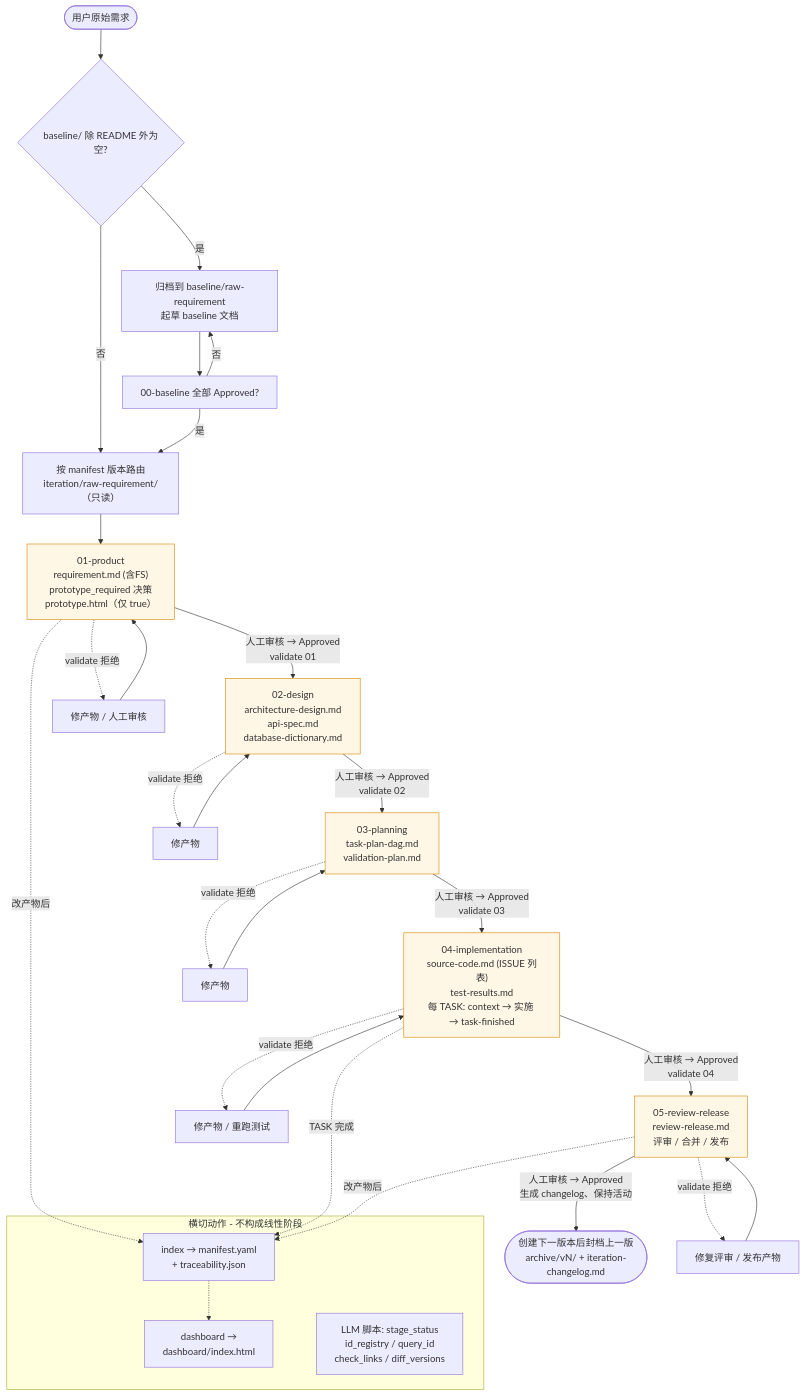
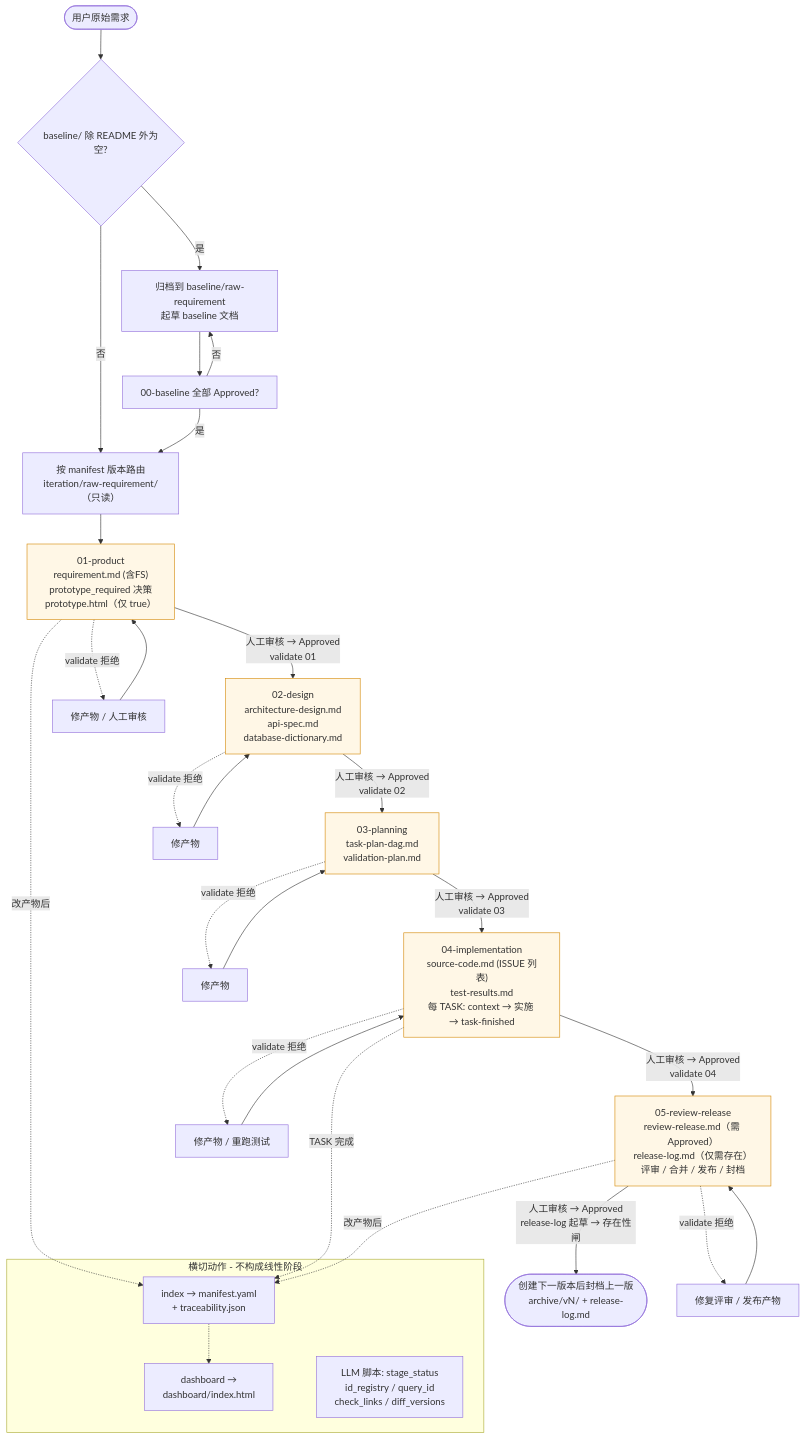
The diagram in README.md (Albertzc/AlchemyWorks), drawn with Mermaid before and after one commit. The commit also changed other lines of this file and 11 other files, not shown here.

First line of the commit message:
feat: introduce release-log artifact at 05-review-release (existence-only gate)

````diff
--- a/README.md
+++ b/README.md
@@ -223,42 +225,42 @@
 ```mermaid
 flowchart TD
     Start([用户原始需求]) --> Intake{baseline/ 除 README 外为空?}
     Intake -- 是 --> Bfix[归档到 baseline/raw-requirement<br/>起草 baseline 文档]
     Bfix --> B0[00-baseline 全部 Approved?]
     B0 -- 否 --> Bfix
     Intake -- 否 --> R0["按 manifest 版本路由<br/>iteration/raw-requirement/（只读）"]
     B0 -- 是 --> R0
     R0 --> S1
 
     S1["01-product<br/>requirement.md (含FS)<br/>prototype_required 决策<br/>prototype.html（仅 true）"]
     S2["02-design<br/>architecture-design.md<br/>api-spec.md<br/>database-dictionary.md"]
     S3["03-planning<br/>task-plan-dag.md<br/>validation-plan.md"]
     S4["04-implementation<br/>source-code.md (ISSUE 列表)<br/>test-results.md<br/>每 TASK: context → 实施 → task-finished"]
-    S5["05-review-release<br/>review-release.md<br/>评审 / 合并 / 发布"]
-    Arch([创建下一版本后封档上一版<br/>archive/vN/ + iteration-changelog.md])
+    S5["05-review-release<br/>review-release.md（需 Approved）<br/>release-log.md（仅需存在）<br/>评审 / 合并 / 发布 / 封档"]
+    Arch([创建下一版本后封档上一版<br/>archive/vN/ + release-log.md])
 
     S1 -- 人工审核 → Approved<br/>validate 01 --> S2
     S2 -- 人工审核 → Approved<br/>validate 02 --> S3
     S3 -- 人工审核 → Approved<br/>validate 03 --> S4
     S4 -- 人工审核 → Approved<br/>validate 04 --> S5
-    S5 -- 人工审核 → Approved<br/>生成 changelog、保持活动 --> Arch
+    S5 -- 人工审核 → Approved<br/>release-log 起草 → 存在性闸 --> Arch
 
     subgraph X[横切动作 - 不构成线性阶段]
         X1["index → manifest.yaml<br/>+ traceability.json<br/>"]
         X2["dashboard →<br/>dashboard/index.html"]
         X3["LLM 脚本: stage_status<br/>id_registry / query_id<br/>check_links / diff_versions"]
     end
     S1 -.改产物后.-> X1
     S4 -.TASK 完成.-> X1
     S5 -.改产物后.-> X1
     X1 -.-> X2
 
     S1 -.validate 拒绝.-> R1[修产物 / 人工审核] --> S1
     S2 -.validate 拒绝.-> R2[修产物] --> S2
     S3 -.validate 拒绝.-> R3[修产物] --> S3
     S4 -.validate 拒绝.-> R4[修产物 / 重跑测试] --> S4
     S5 -.validate 拒绝.-> R5[修复评审 / 发布产物] --> S5
 
     classDef gate fill:#fff7e6,stroke:#d48806,stroke-width:1px;
     class S1,S2,S3,S4,S5 gate;
 ```
````
